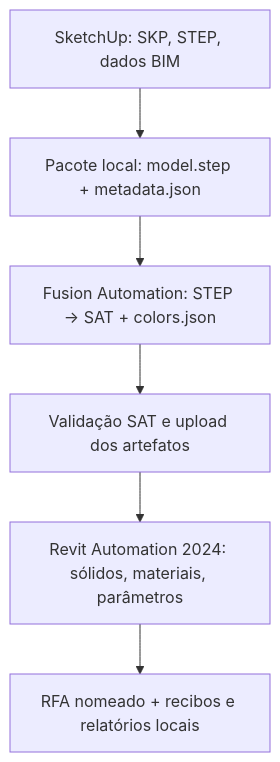
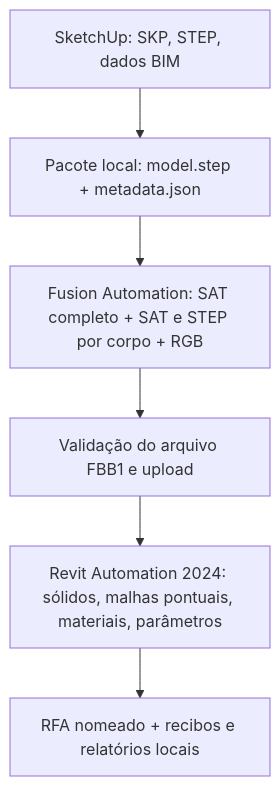
The diagram in docs/ARQUITETURA.md (yruamkaffer/FamilyBridge), drawn with Mermaid before and after one commit. The commit also changed other lines of this file and 27 other files, not shown here.

````diff
--- a/docs/ARQUITETURA.md
+++ b/docs/ARQUITETURA.md
@@ -5,8 +5,8 @@
 ```mermaid
 flowchart TD
     A["SketchUp: SKP, STEP, dados BIM"] --> B["Pacote local: model.step + metadata.json"]
-    B --> C["Fusion Automation: STEP → SAT + colors.json"]
-    C --> D["Validação SAT e upload dos artefatos"]
-    D --> E["Revit Automation 2024: sólidos, materiais, parâmetros"]
+    B --> C["Fusion Automation: SAT completo + SAT e STEP por corpo + RGB"]
+    C --> D["Validação do arquivo FBB1 e upload"]
+    D --> E["Revit Automation 2024: sólidos, malhas pontuais, materiais, parâmetros"]
     E --> F["RFA nomeado + recibos e relatórios locais"]
 ```
````
